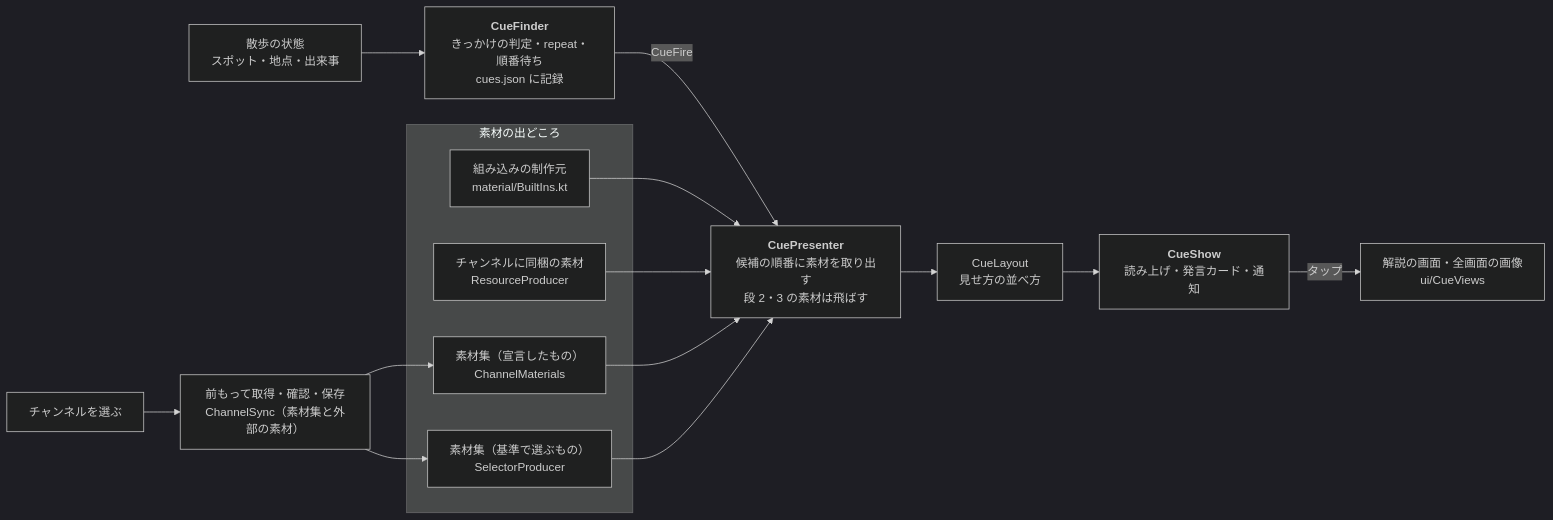
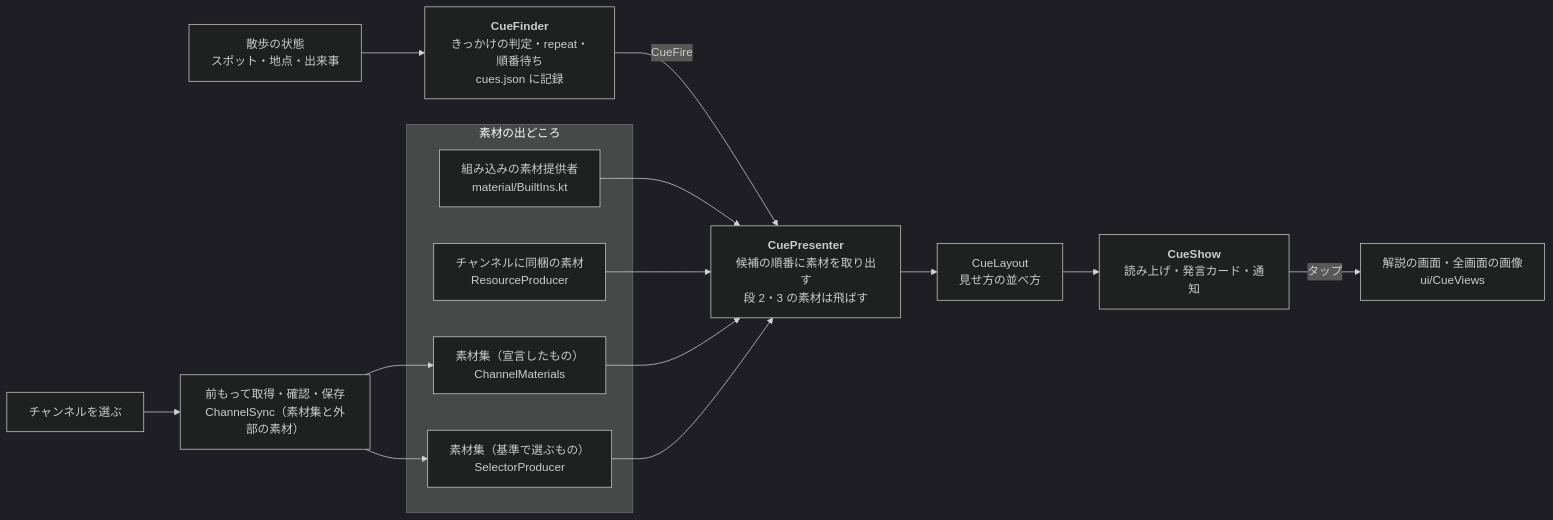
Before and after one commit to duwenji/yorisoi-sanpoguide: the eighth of 8 diagrams in docs/architecture.md, drawn with Mermaid (dark theme). The commit also changed other lines of this file and 25 other files, not shown here.

````diff
--- a/docs/architecture.md
+++ b/docs/architecture.md
@@ -221,17 +248,17 @@
 ```mermaid
 flowchart LR
   subgraph SRC["素材の出どころ"]
-    BuiltIn["組み込みの制作元<br/>material/BuiltIns.kt"]
+    BuiltIn["組み込みの素材提供者<br/>material/BuiltIns.kt"]
     Res["チャンネルに同梱の素材<br/>ResourceProducer"]
     Col["素材集（宣言したもの）<br/>ChannelMaterials"]
     Sel["素材集（基準で選ぶもの）<br/>SelectorProducer"]
   end
   Choose["チャンネルを選ぶ"] --> Fetch["前もって取得・確認・保存<br/>ChannelSync（素材集と外部の素材）"]
   Fetch --> Col & Sel
   Walk["散歩の状態<br/>スポット・地点・出来事"] --> Finder["<b>CueFinder</b><br/>きっかけの判定・repeat・順番待ち<br/>cues.json に記録"]
   Finder -- "CueFire" --> Presenter["<b>CuePresenter</b><br/>候補の順番に素材を取り出す<br/>段 2・3 の素材は飛ばす"]
   BuiltIn & Res & Col & Sel --> Presenter
   Presenter --> Layout["CueLayout<br/>見せ方の並べ方"]
   Layout --> Show["<b>CueShow</b><br/>読み上げ・発言カード・通知"]
   Show -- "タップ" --> Sheet["解説の画面・全画面の画像<br/>ui/CueViews"]
 ```
````
